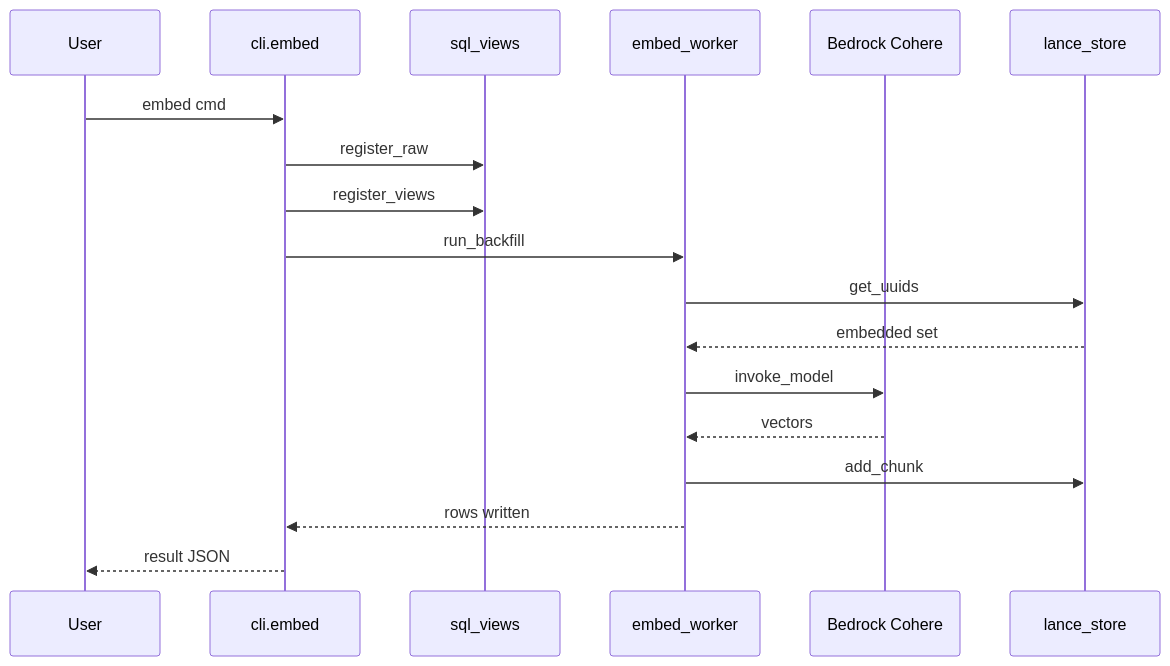
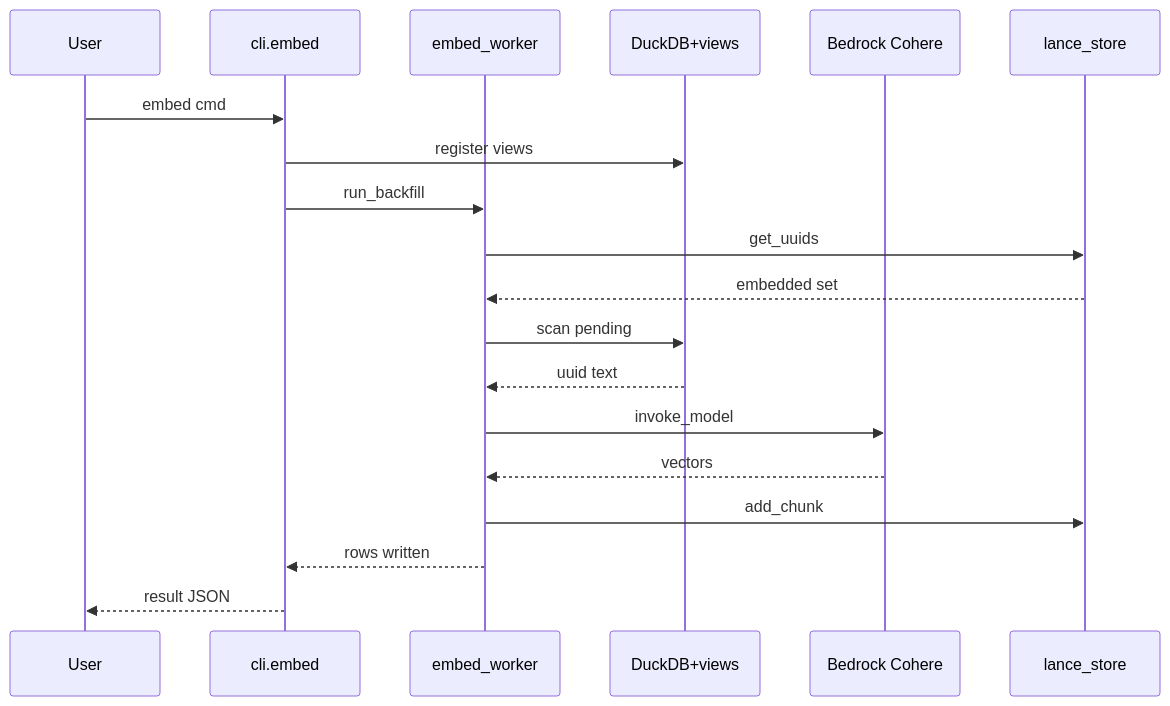
One commit to theagenticguy/claude-sql changed the second of 3 diagrams in docs/diagrams/behavioral/sequences.md. Above: the diagram before and after it, drawn with Mermaid. The commit also changed other lines of this file and 18 other files, not shown here.

````diff
--- a/docs/diagrams/behavioral/sequences.md
+++ b/docs/diagrams/behavioral/sequences.md
@@ -5,21 +40,22 @@
 ```mermaid
 sequenceDiagram
     participant User
     participant CLI as cli.embed
-    participant Views as sql_views
     participant Worker as embed_worker
+    participant DuckDB as DuckDB+views
     participant Bedrock as Bedrock Cohere
     participant Lance as lance_store
 
     User->>CLI: embed cmd
-    CLI->>Views: register_raw
-    CLI->>Views: register_views
+    CLI->>DuckDB: register views
     CLI->>Worker: run_backfill
     Worker->>Lance: get_uuids
     Lance-->>Worker: embedded set
+    Worker->>DuckDB: scan pending
+    DuckDB-->>Worker: uuid text
     Worker->>Bedrock: invoke_model
     Bedrock-->>Worker: vectors
     Worker->>Lance: add_chunk
     Worker-->>CLI: rows written
     CLI-->>User: result JSON
 ```
````
